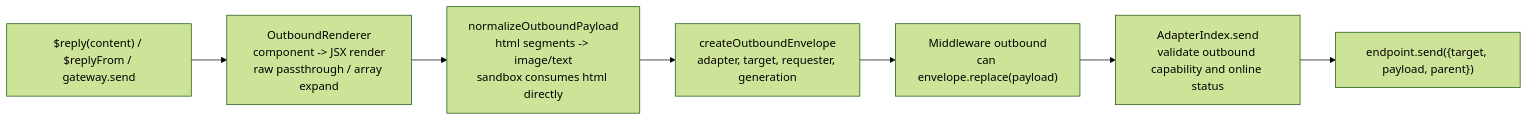
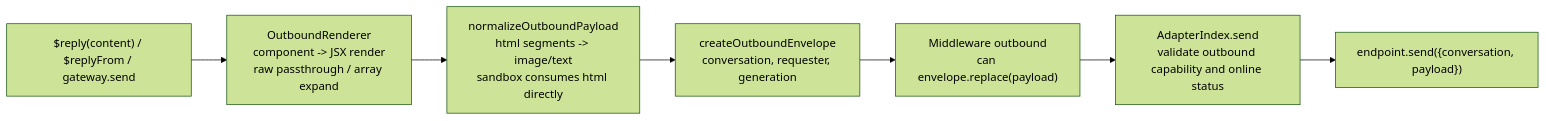
One commit to zhinjs/zhin changed the second of 2 diagrams in docs/en/concepts/message-flow.md. Above: the diagram before and after it, drawn with Mermaid (forest theme). The commit also changed other lines of this file and 42 other files, not shown here.

````diff
--- a/docs/en/concepts/message-flow.md
+++ b/docs/en/concepts/message-flow.md
@@ -61,9 +61,9 @@
 ```mermaid
 flowchart LR
     A["$reply(content) / $replyFrom / gateway.send"] --> R[OutboundRenderer<br/>component -> JSX render<br/>raw passthrough / array expand]
     R --> N[normalizeOutboundPayload<br/>html segments -> image/text<br/>sandbox consumes html directly]
-    N --> V["createOutboundEnvelope<br/>adapter, target, requester, generation"]
+    N --> V["createOutboundEnvelope<br/>conversation, requester, generation"]
     V --> MW["Middleware outbound<br/>can envelope.replace(payload)"]
     MW --> S[AdapterIndex.send<br/>validate outbound capability and online status]
-    S --> E["endpoint.send({target, payload, parent})"]
+    S --> E["endpoint.send({conversation, payload})"]
 ```
````
